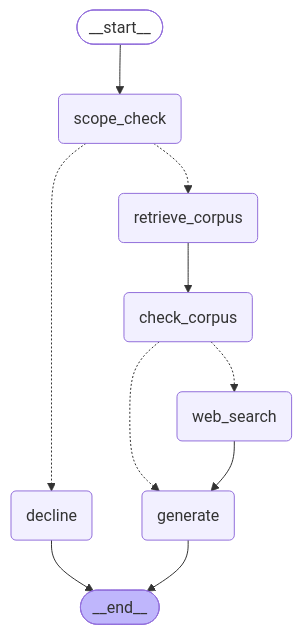
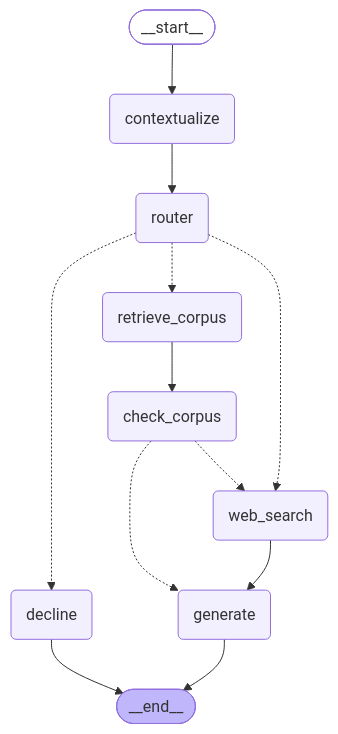
The diagram in agent/README.md (Francisco-J-Gomez/ai-code-assistant-self-reflective), drawn with Mermaid before and after one commit. The commit also changed other lines of this file and 13 other files, not shown here.

First line of the commit message:
Phase 2: contextualize + 3-way router

````diff
--- a/agent/README.md
+++ b/agent/README.md
@@ -35,23 +35,26 @@
 ```mermaid
 graph TD;
 	__start__([<p>__start__</p>]):::first
-	scope_check(scope_check)
+	contextualize(contextualize)
+	router(router)
 	decline(decline)
 	retrieve_corpus(retrieve_corpus)
 	check_corpus(check_corpus)
 	web_search(web_search)
 	generate(generate)
 	__end__([<p>__end__</p>]):::last
-	__start__ --> scope_check;
+	__start__ --> contextualize;
 	check_corpus -.-> generate;
 	check_corpus -.-> web_search;
+	contextualize --> router;
 	retrieve_corpus --> check_corpus;
-	scope_check -.-> decline;
-	scope_check -.-> retrieve_corpus;
+	router -.-> decline;
+	router -.-> retrieve_corpus;
+	router -.-> web_search;
 	web_search --> generate;
 	decline --> __end__;
 	generate --> __end__;
 	classDef default fill:#f2f0ff,line-height:1.2
 	classDef first fill-opacity:0
 	classDef last fill:#bfb6fc
 ```
````
